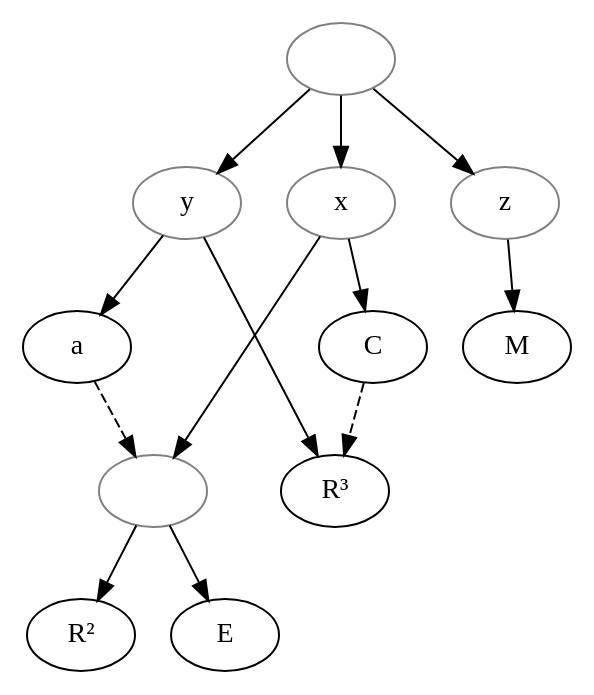
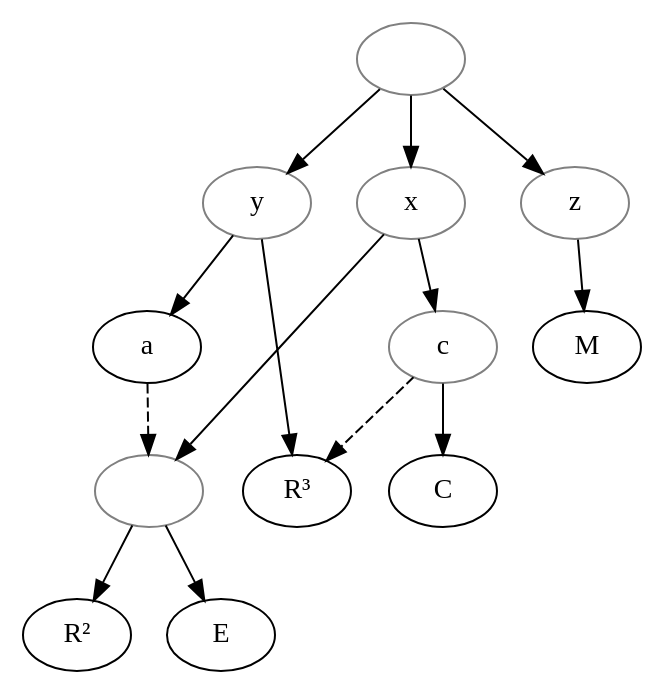
The diagram in data/pro/Stroński_1906_EliasDeBarjolsXIV/stemma.gv (OpenStemmata/database), drawn with Graphviz before and after one commit.

Commit message:
position of c

```diff
--- a/data/pro/Stroński_1906_EliasDeBarjolsXIV/stemma.gv
+++ b/data/pro/Stroński_1906_EliasDeBarjolsXIV/stemma.gv
@@ -1,21 +1,23 @@
 digraph {
 archetype [color="grey", label=" "] ;
 x [color="grey"] ;
 y [color="grey"] ;
 z [color="grey"] ;
+c [color="grey"] ;
 R2 [label="R²"] ;
 R3 [label="R³"] ;
 1[label="", color="grey"];
 archetype -> x ;
 archetype -> y ;
 archetype -> z ;
-x -> C ;
+x -> c;
+c->C ;
 x -> 1;
 1 -> E ;
 1 -> R2 ;
 y -> R3 ;
 y -> a ;
 a->1[style="dashed"] ;
-C -> R3 [style="dashed"];
+c -> R3 [style="dashed"];
 z -> M ;
 }
```
